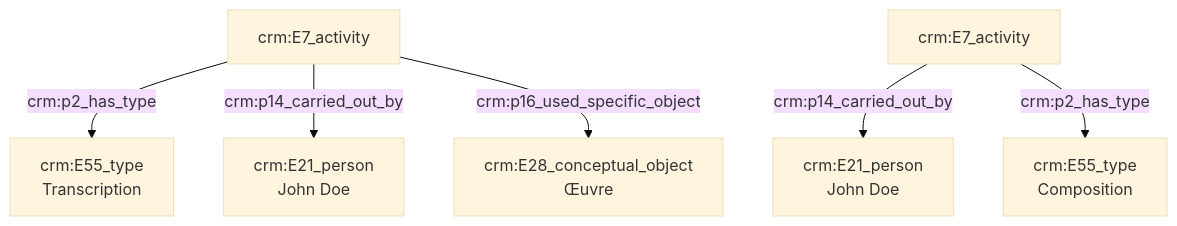
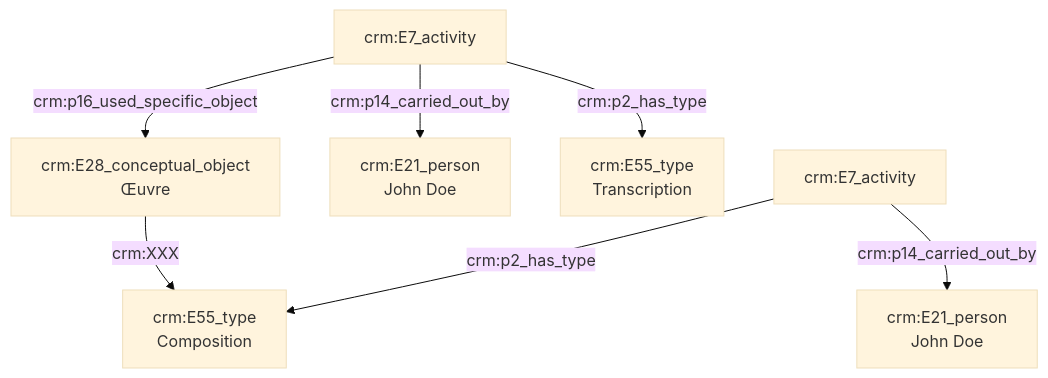
One commit to Amleth/consortium-musica2-gt2-ontologies changed the diagram in modules/livrables/Dossier 2/Indexation conceptuelle/transcription d'une œuvre.md. Above: the diagram before and after it, drawn with Mermaid (base theme).

Commit message:
Update transcription d'une œuvre.md

````diff
--- a/modules/livrables/Dossier 2/Indexation conceptuelle/transcription d'une œuvre.md
+++ b/modules/livrables/Dossier 2/Indexation conceptuelle/transcription d'une œuvre.md
@@ -12,12 +12,13 @@
 ```mermaid
 graph TD;
 
 A[crm:E7_activity] --> |crm:p2_has_type| B[crm:E55_type<br>Transcription]
 A[crm:E7_activity] --> |crm:p14_carried_out_by| C[crm:E21_person<br>John Doe]
 A[crm:E7_activity] --> |crm:p16_used_specific_object| D[crm:E28_conceptual_object<br>Œuvre]
 
 
 E[crm:E7_activity] --> |crm:p14_carried_out_by| F[crm:E21_person<br>John Doe]
 E[crm:E7_activity] --> |crm:p2_has_type| G[crm:E55_type<br>Composition]
+D[crm:E28_conceptual_object<br>Œuvre]  --> |crm:XXX| G[crm:E55_type<br>Composition]
 
 ```
````
